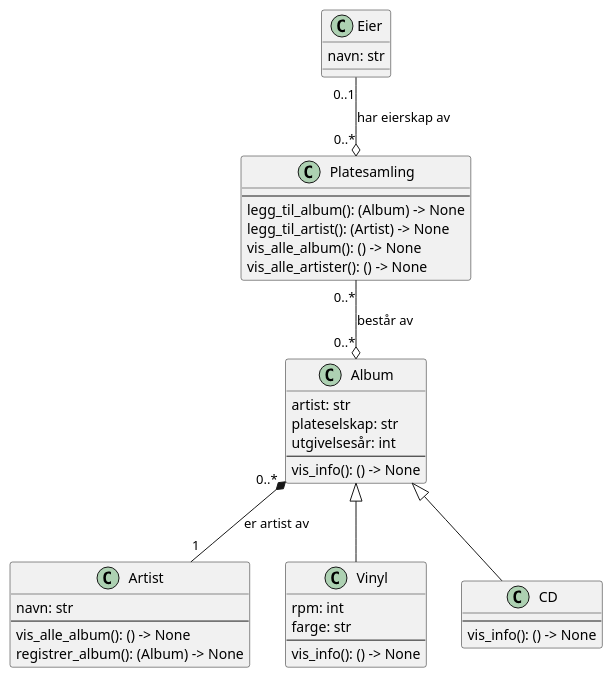
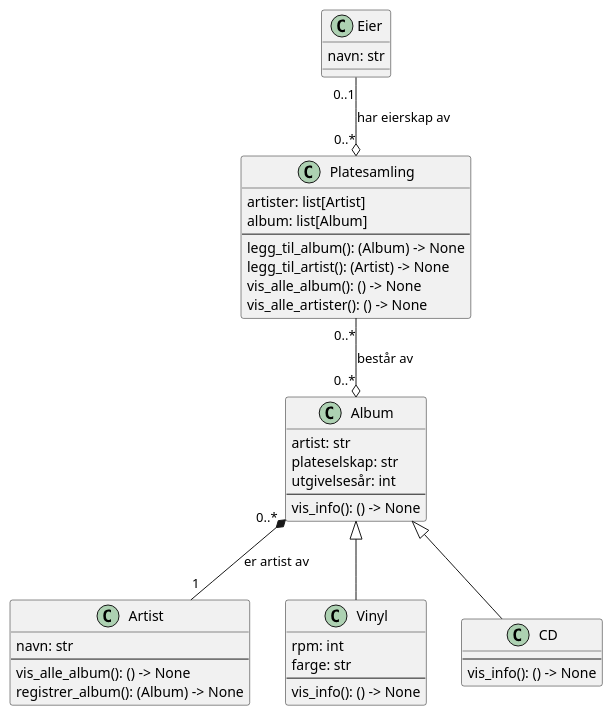
One commit to 44tratie/IT2 changed the diagram in periode 2/Uke 48/modellering/modell.puml. Above: the diagram before and after it, drawn with PlantUML.

Commit message:
legg til attributt

```diff
--- a/periode 2/Uke 48/modellering/modell.puml
+++ b/periode 2/Uke 48/modellering/modell.puml
@@ -1,46 +1,48 @@
 @startuml
 
 class Eier {
     navn: str
 }
 
 class Platesamling {
+    artister: list[Artist]
+    album: list[Album]
     --
     legg_til_album(): (Album) -> None
     legg_til_artist(): (Artist) -> None
     vis_alle_album(): () -> None
     vis_alle_artister(): () -> None
 }
 
 class Artist {
     navn: str
     --
     vis_alle_album(): () -> None
     registrer_album(): (Album) -> None
 }
 
 class Album {
     artist: str
     plateselskap: str
     utgivelsesår: int
     --
     vis_info(): () -> None
 }
 
 class Vinyl extends Album {
     rpm: int
     farge: str
     --
     vis_info(): () -> None
 }
 
 class CD extends Album {
     --
     vis_info(): () -> None
 }
 
 Eier "0..1" --o "0..*" Platesamling : har eierskap av
 Platesamling "0..*" --o "0..*" Album : "består av"
 
 Album "0..*" *-- "1" Artist : er artist av
 @enduml
```
